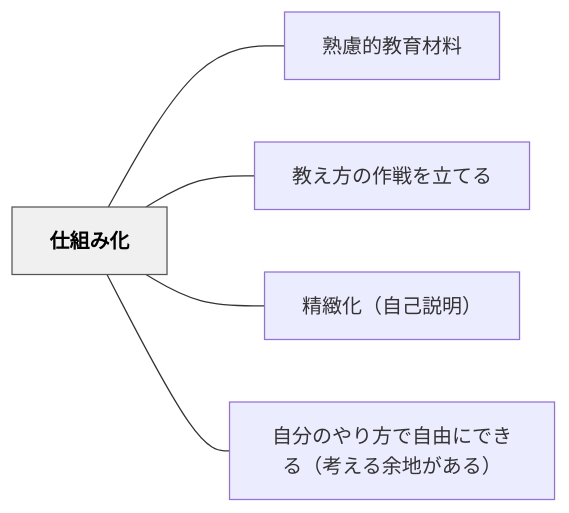
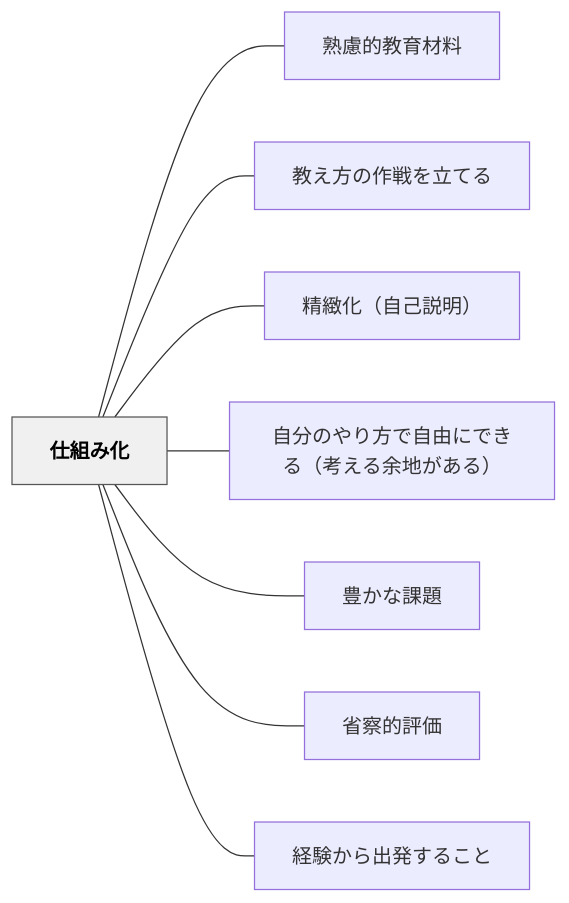
Before and after one commit to unknownthings-ed-patterns/unknownthings-ed-patterns: the diagram in content/パタン/仕組み化.md, drawn with Mermaid. The commit also changed other lines of this file and 71 other files, not shown here.

````diff
--- a/content/パタン/仕組み化.md
+++ b/content/パタン/仕組み化.md
@@ -45,16 +48,22 @@
 ```mermaid
 flowchart LR
     ne4bb95e7b584e381bfe58c96["仕組み化"]
     ne7869fe685aee79a84e69599e882b2e69d90e69699["熟慮的教育材料"]
     ne69599e38188e696b9e381aee4bd9ce688a6e38292e7ab8be381a6e3828b["教え方の作戦を立てる"]
     ne7b2bee7b7bbe58c96efbc88e887aae5b7b1e8aaace6988eefbc89["精緻化（自己説明）"]
     ne887aae58886e381aee38284e3828ae696b9e381a7e887aae794b1e381abe381a7e3818de3828befbc88e88083e38188e3828be4bd99e59cb0e3818ce38182e3828befbc89["自分のやり方で自由にできる（考える余地がある）"]
+    ne8b18ae3818be381aae8aab2e9a18c["豊かな課題"]
+    ne79c81e5af9fe79a84e8a995e4bea1["省察的評価"]
+    ne7b58ce9a893e3818be38289e587bae799bae38199e3828be38193e381a8["経験から出発すること"]
 
     ne4bb95e7b584e381bfe58c96 --- ne7869fe685aee79a84e69599e882b2e69d90e69699
     ne4bb95e7b584e381bfe58c96 --- ne69599e38188e696b9e381aee4bd9ce688a6e38292e7ab8be381a6e3828b
     ne4bb95e7b584e381bfe58c96 --- ne7b2bee7b7bbe58c96efbc88e887aae5b7b1e8aaace6988eefbc89
     ne4bb95e7b584e381bfe58c96 --- ne887aae58886e381aee38284e3828ae696b9e381a7e887aae794b1e381abe381a7e3818de3828befbc88e88083e38188e3828be4bd99e59cb0e3818ce38182e3828befbc89
+    ne4bb95e7b584e381bfe58c96 --- ne8b18ae3818be381aae8aab2e9a18c
+    ne4bb95e7b584e381bfe58c96 --- ne79c81e5af9fe79a84e8a995e4bea1
+    ne4bb95e7b584e381bfe58c96 --- ne7b58ce9a893e3818be38289e587bae799bae38199e3828be38193e381a8
 
     classDef hub fill:#f0f0f0,stroke:#555,color:#000,font-weight:bold
     class ne4bb95e7b584e381bfe58c96 hub
 ```
````
